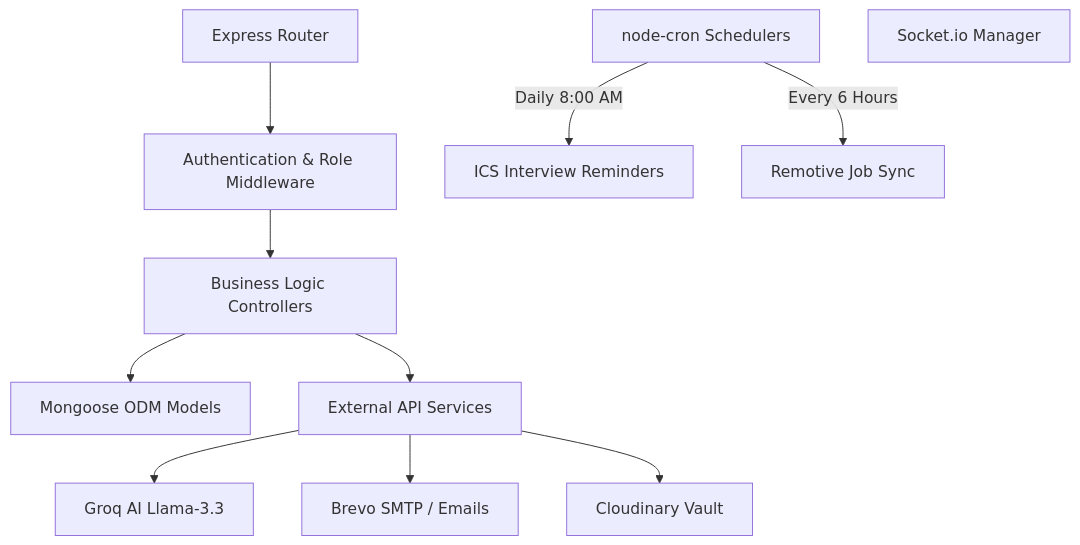
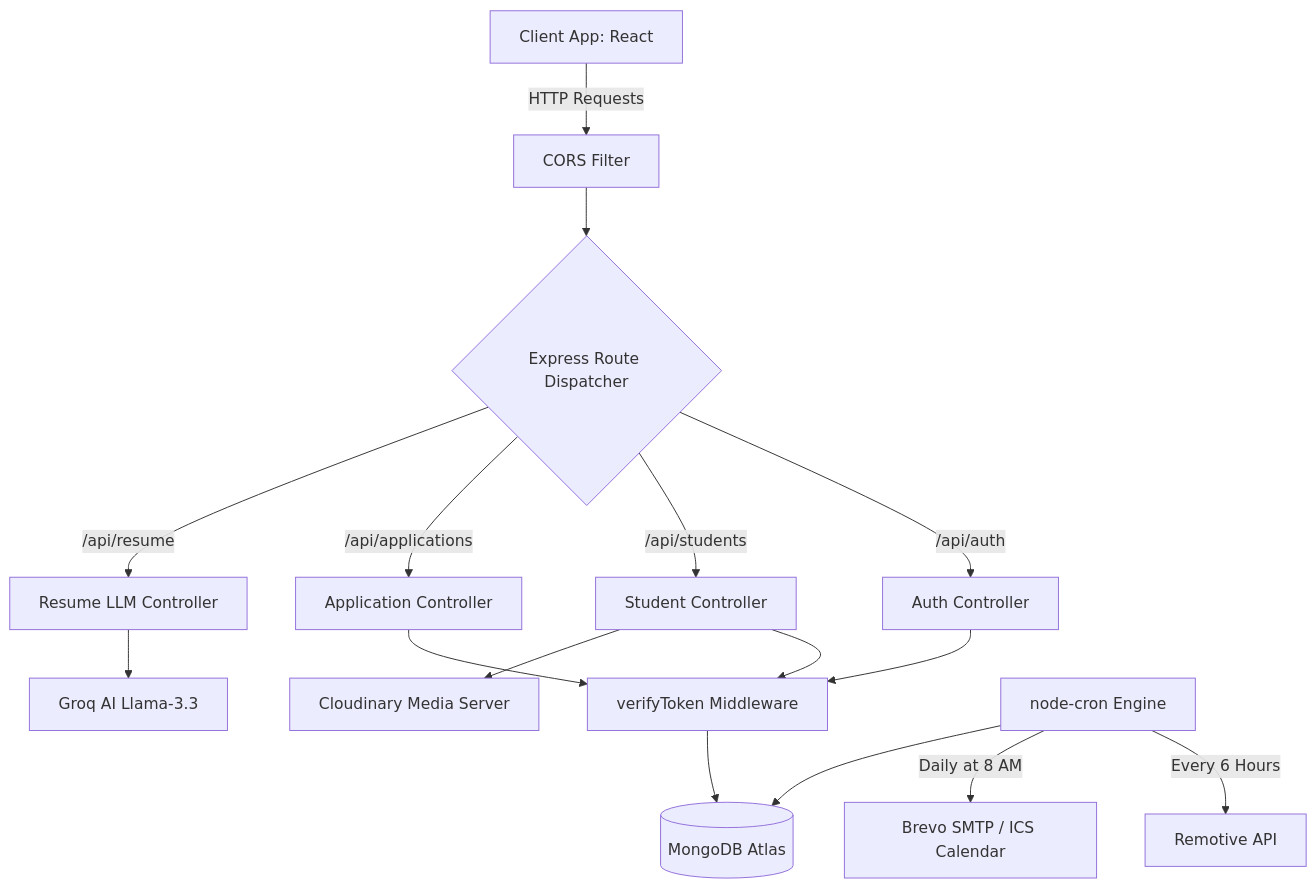
Before and after one commit to Abhijith-Sura/smart_placement_tracker: the diagram in server/README.md, drawn with Mermaid. The commit also changed other lines of this file and 2 other files, not shown here.

````diff
--- a/server/README.md
+++ b/server/README.md
@@ -24,22 +31,23 @@
 ```mermaid
 graph TD
-    Router[Express Router]
-    AuthMid[Authentication & Role Middleware]
-    Controllers[Business Logic Controllers]
-    Models[Mongoose ODM Models]
+    Client[Client App: React] -->|HTTP Requests| CORS[CORS Filter]
+    CORS --> Router{Express Route Dispatcher}
     
-    Cron[node-cron Schedulers]
-    Socket[Socket.io Manager]
+    Router -->|/api/auth| AuthRouter[Auth Controller]
+    Router -->|/api/students| StudentRouter[Student Controller]
+    Router -->|/api/applications| AppRouter[Application Controller]
+    Router -->|/api/resume| ResumeRouter[Resume LLM Controller]
     
-    Router --> AuthMid
-    AuthMid --> Controllers
-    Controllers --> Models
+    AuthRouter --> AuthMid[verifyToken Middleware]
+    StudentRouter --> AuthMid
+    AppRouter --> AuthMid
     
-    Controllers --> External[External API Services]
-    External --> Groq[Groq AI Llama-3.3]
-    External --> Brevo[Brevo SMTP / Emails]
-    External --> Cloudinary[Cloudinary Vault]
+    AuthMid --> DB[(MongoDB Atlas)]
     
-    Cron -->|Daily 8:00 AM| Email[ICS Interview Reminders]
-    Cron -->|Every 6 Hours| API[Remotive Job Sync]
+    ResumeRouter --> Groq[Groq AI Llama-3.3]
+    StudentRouter --> Cloudinary[Cloudinary Media Server]
+    
+    Cron[node-cron Engine] -->|Every 6 Hours| Remotive[Remotive API]
+    Cron -->|Daily at 8 AM| Brevo[Brevo SMTP / ICS Calendar]
+    Cron --> DB
 ```
````
